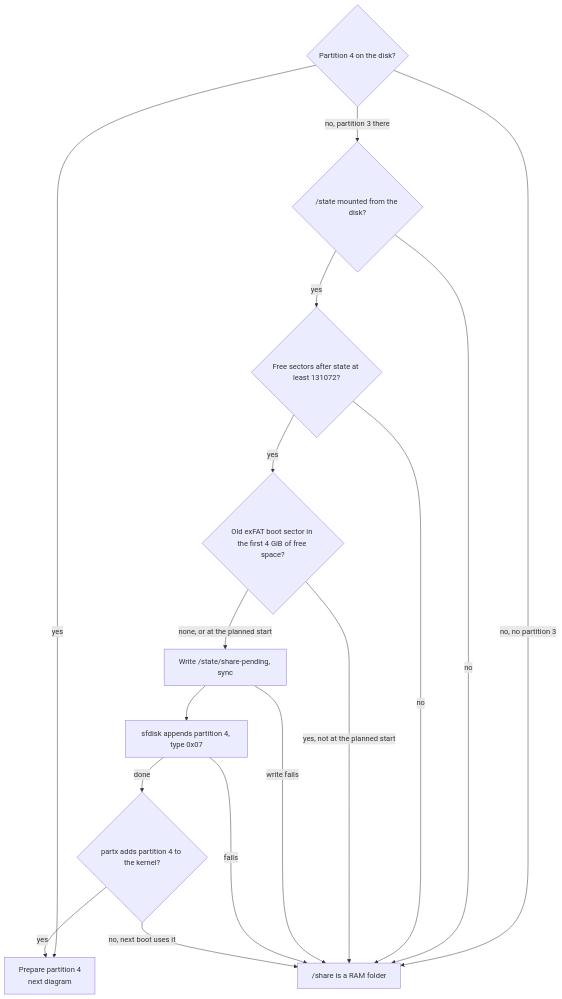
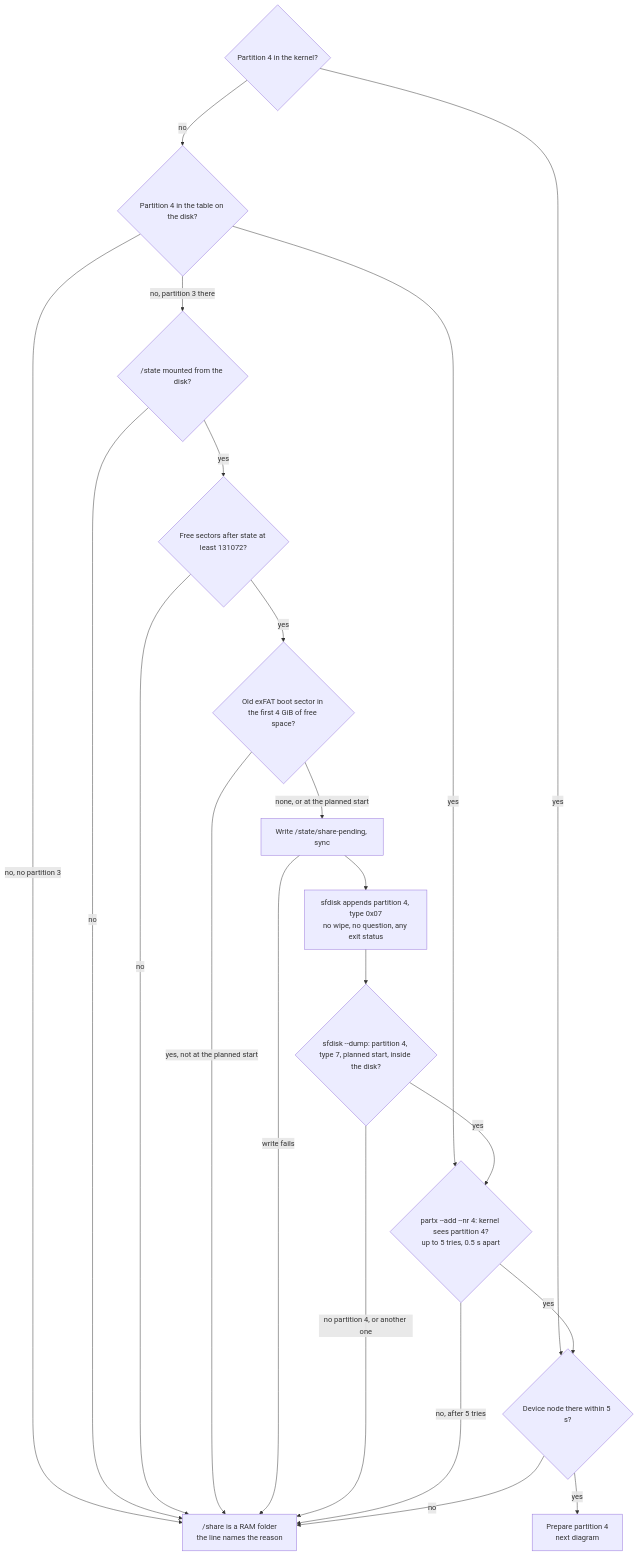
Before and after one commit to paologaleotti/neptron: the third of 6 diagrams in docs/flows/01-power-on.md, drawn with Mermaid. The commit also changed other lines of this file and 3 other files, not shown here.

First line of the commit message:
docs: describe the share partition path that trusts the table read back

````diff
--- a/docs/flows/01-power-on.md
+++ b/docs/flows/01-power-on.md
@@ -41,18 +41,23 @@
 ```mermaid
 flowchart TD
-    Q4{"Partition 4 on the disk?"} -->|"yes"| PREP["Prepare partition 4<br/>next diagram"]
-    Q4 -->|"no, no partition 3"| RAM["/share is a RAM folder"]
-    Q4 -->|"no, partition 3 there"| W{"/state mounted from the disk?"}
+    Q4{"Partition 4 in the kernel?"} -->|"yes"| NODE
+    Q4 -->|"no"| T4{"Partition 4 in the table on the disk?"}
+    T4 -->|"yes"| PX
+    T4 -->|"no, no partition 3"| RAM["/share is a RAM folder<br/>the line names the reason"]
+    T4 -->|"no, partition 3 there"| W{"/state mounted from the disk?"}
     W -->|"no"| RAM
     W -->|"yes"| FREE{"Free sectors after state at least 131072?"}
     FREE -->|"no"| RAM
     FREE -->|"yes"| OLD{"Old exFAT boot sector in the first 4 GiB of free space?"}
     OLD -->|"yes, not at the planned start"| RAM
     OLD -->|"none, or at the planned start"| MARK["Write /state/share-pending, sync"]
     MARK -->|"write fails"| RAM
-    MARK --> SF["sfdisk appends partition 4, type 0x07"]
-    SF -->|"fails"| RAM
-    SF -->|"done"| PX{"partx adds partition 4 to the kernel?"}
-    PX -->|"no, next boot uses it"| RAM
-    PX -->|"yes"| PREP
+    MARK --> SF["sfdisk appends partition 4, type 0x07<br/>no wipe, no question, any exit status"]
+    SF --> RB{"sfdisk --dump: partition 4, type 7, planned start, inside the disk?"}
+    RB -->|"no partition 4, or another one"| RAM
+    RB -->|"yes"| PX{"partx --add --nr 4: kernel sees partition 4?<br/>up to 5 tries, 0.5 s apart"}
+    PX -->|"no, after 5 tries"| RAM
+    PX -->|"yes"| NODE{"Device node there within 5 s?"}
+    NODE -->|"no"| RAM
+    NODE -->|"yes"| PREP["Prepare partition 4<br/>next diagram"]
 ```
````
